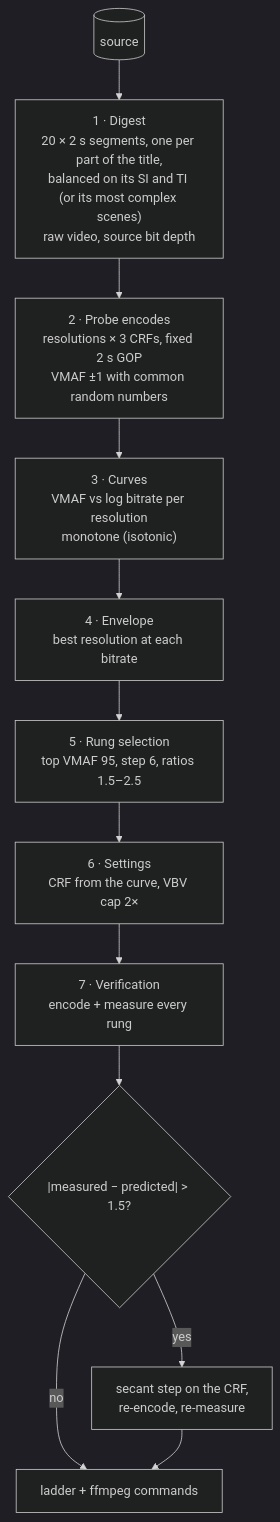
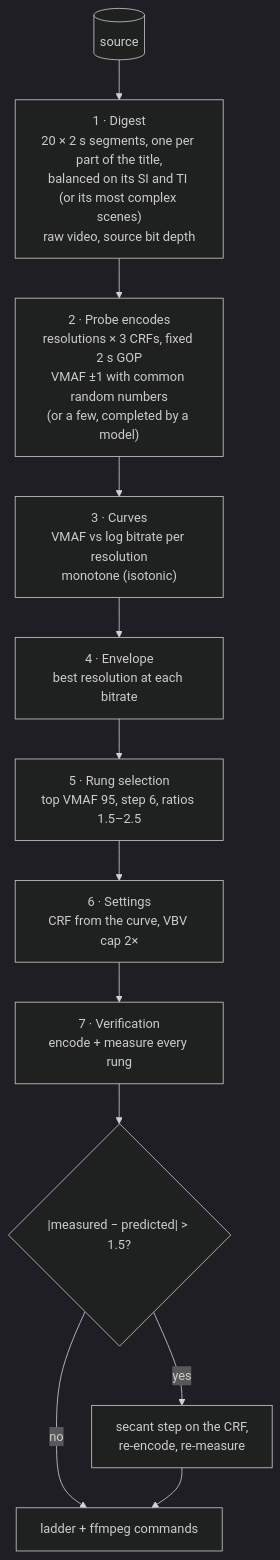
Before and after one commit to eko/qc: the first of 3 diagrams in docs/ladder.md, drawn with Mermaid (dark theme). The commit also changed other lines of this file and 68 other files, not shown here.

````diff
--- a/docs/ladder.md
+++ b/docs/ladder.md
@@ -9,14 +9,14 @@
 ```mermaid
 flowchart TD
     src[(source)] --> digest["1 · Digest<br/>20 × 2 s segments, one per part of the title,<br/>balanced on its SI and TI (or its most complex scenes)<br/>raw video, source bit depth"]
-    digest --> probes["2 · Probe encodes<br/>resolutions × 3 CRFs, fixed 2 s GOP<br/>VMAF ±1 with common random numbers"]
+    digest --> probes["2 · Probe encodes<br/>resolutions × 3 CRFs, fixed 2 s GOP<br/>VMAF ±1 with common random numbers<br/>(or a few, completed by a model)"]
     probes --> curves["3 · Curves<br/>VMAF vs log bitrate per resolution<br/>monotone (isotonic)"]
     curves --> hull["4 · Envelope<br/>best resolution at each bitrate"]
     hull --> rungs["5 · Rung selection<br/>top VMAF 95, step 6, ratios 1.5–2.5"]
     rungs --> settings["6 · Settings<br/>CRF from the curve, VBV cap 2×"]
     settings --> verify["7 · Verification<br/>encode + measure every rung"]
     verify --> calib{"|measured − predicted| > 1.5?"}
     calib -->|yes| fix["secant step on the CRF,<br/>re-encode, re-measure"]
     calib -->|no| out[ladder + ffmpeg commands]
     fix --> out
 ```
````
